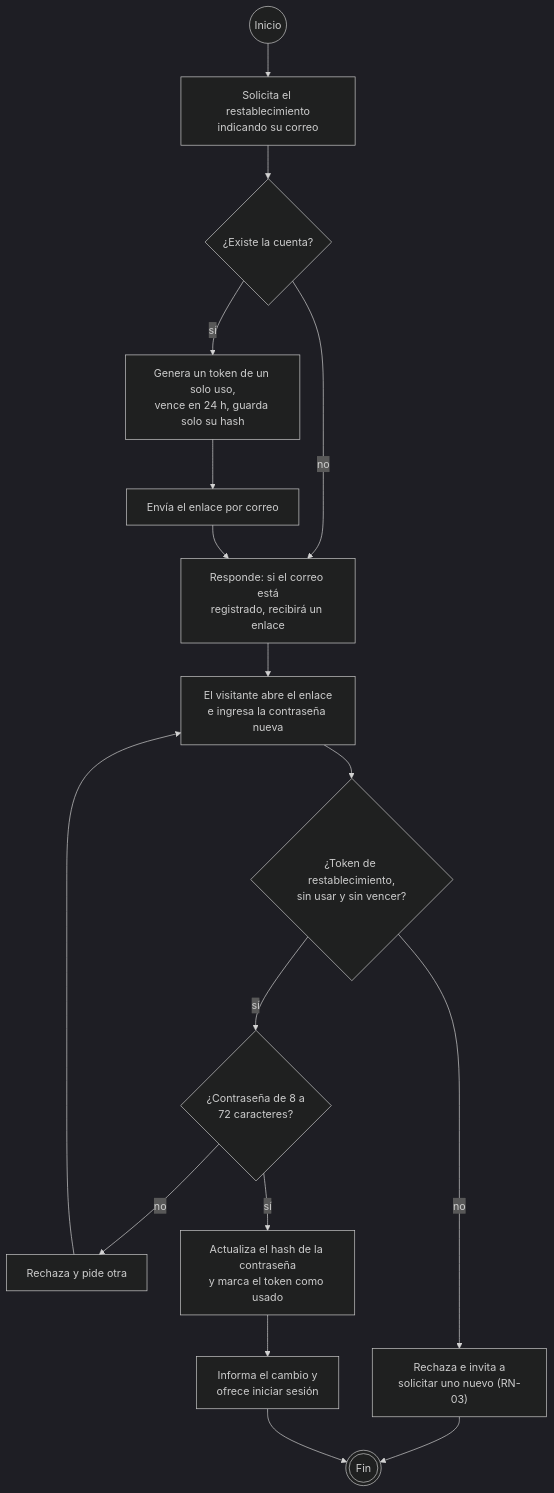
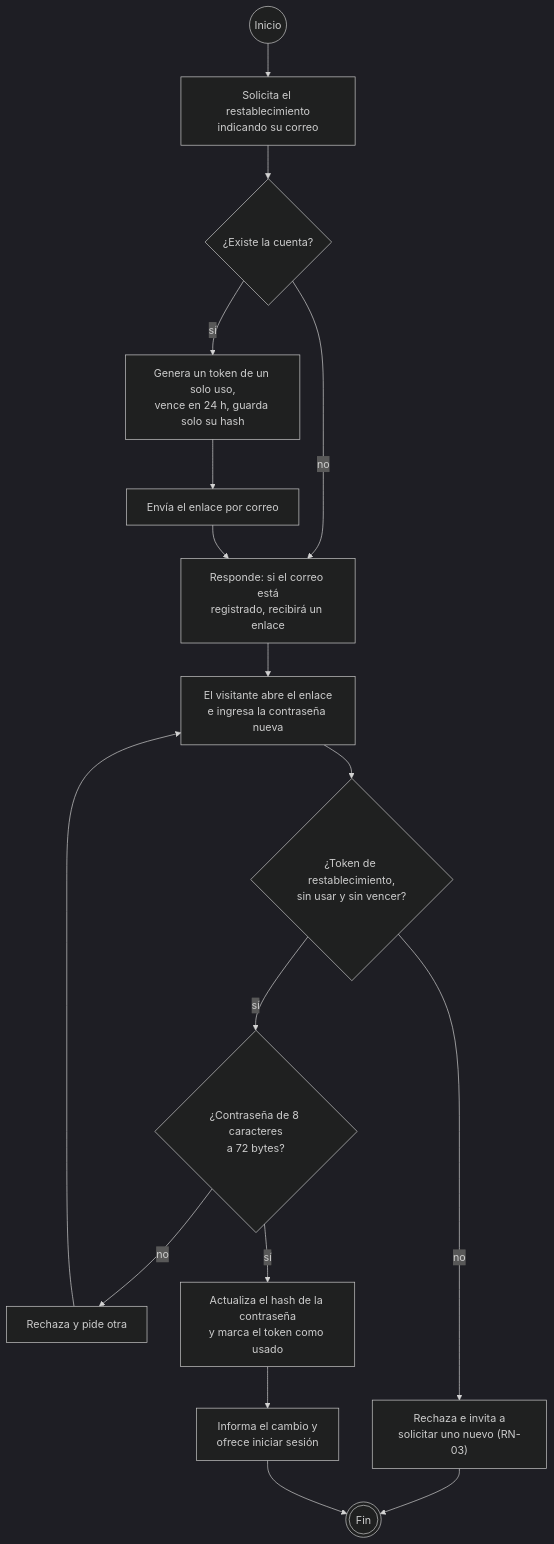
Diagram 15 of 19 in docs/diagramas.md (patorinaldi/gastos), drawn with Mermaid (dark theme) before and after one commit. The commit also changed other lines of this file and 1 other file, not shown here.

````diff
--- a/docs/diagramas.md
+++ b/docs/diagramas.md
@@ -675,20 +682,20 @@
 ```mermaid
 flowchart TD
     INI(("Inicio")) --> A1["Solicita el restablecimiento<br/>indicando su correo"]
     A1 --> D1{"¿Existe la cuenta?"}
     D1 -->|no| A3
     D1 -->|sí| A2["Genera un token de un solo uso,<br/>vence en 24 h, guarda solo su hash"]
     A2 --> A2b["Envía el enlace por correo"]
     A2b --> A3["Responde: si el correo está<br/>registrado, recibirá un enlace"]
     A3 --> W1["El visitante abre el enlace<br/>e ingresa la contraseña nueva"]
     W1 --> D2{"¿Token de restablecimiento,<br/>sin usar y sin vencer?"}
     D2 -->|no| R1["Rechaza e invita a<br/>solicitar uno nuevo (RN-03)"]
-    D2 -->|sí| D3{"¿Contraseña de 8 a<br/>72 caracteres?"}
+    D2 -->|sí| D3{"¿Contraseña de 8 caracteres<br/>a 72 bytes?"}
     D3 -->|no| R2["Rechaza y pide otra"]
     R2 --> W1
     D3 -->|sí| B1["Actualiza el hash de la contraseña<br/>y marca el token como usado"]
     B1 --> B2["Informa el cambio y<br/>ofrece iniciar sesión"]
 
     R1 --> FIN((("Fin")))
     B2 --> FIN
 ```
````
